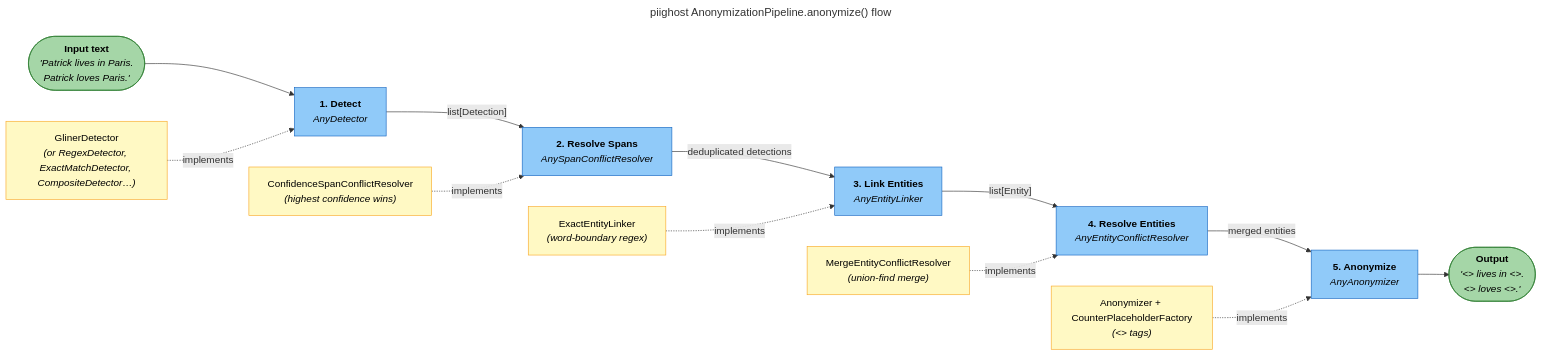
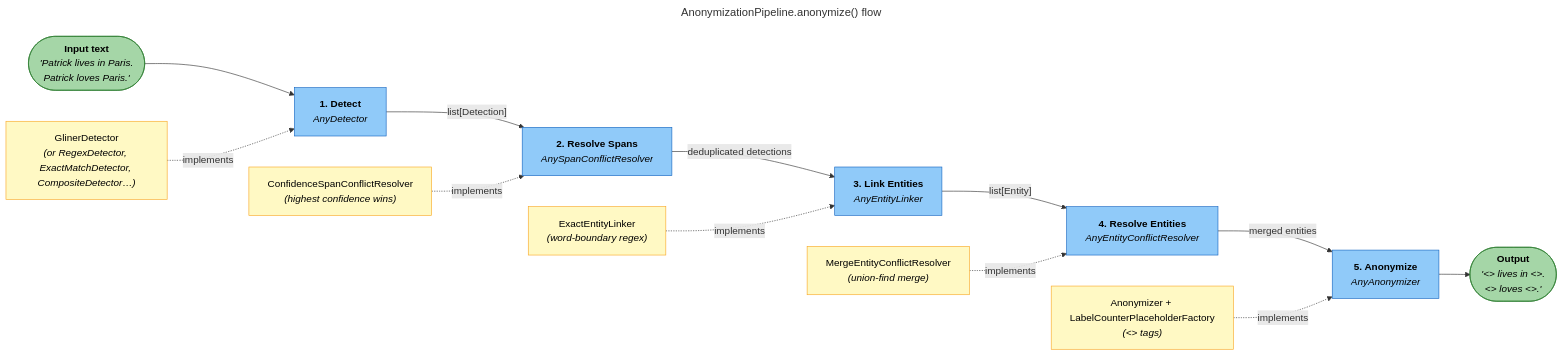
Before and after one commit to Athroniaeth/piighost: the second of 3 diagrams in README.md, drawn with Mermaid. The commit also changed other lines of this file and 2 other files, not shown here.

````diff
--- a/README.md
+++ b/README.md
@@ -224,52 +265,52 @@
 ```mermaid
 ---
-title: "piighost AnonymizationPipeline.anonymize() flow"
+title: "AnonymizationPipeline.anonymize() flow"
 ---
 flowchart LR
     classDef stage fill:#90CAF9,stroke:#1565C0,color:#000
     classDef protocol fill:#FFF9C4,stroke:#F9A825,color:#000
     classDef data fill:#A5D6A7,stroke:#2E7D32,color:#000
 
     INPUT(["`**Input text**
     _'Patrick lives in Paris.
     Patrick loves Paris.'_`"]):::data
 
     DETECT["`**1. Detect**
     _AnyDetector_`"]:::stage
     RESOLVE_SPANS["`**2. Resolve Spans**
     _AnySpanConflictResolver_`"]:::stage
     LINK["`**3. Link Entities**
     _AnyEntityLinker_`"]:::stage
     RESOLVE_ENTITIES["`**4. Resolve Entities**
     _AnyEntityConflictResolver_`"]:::stage
     ANONYMIZE["`**5. Anonymize**
     _AnyAnonymizer_`"]:::stage
 
     OUTPUT(["`**Output**
-    _'<<PERSON_1>> lives in <<LOCATION_1>>.
-    <<PERSON_1>> loves <<LOCATION_1>>.'_`"]):::data
+    _'<<PERSON:1>> lives in <<LOCATION:1>>.
+    <<PERSON:1>> loves <<LOCATION:1>>.'_`"]):::data
 
     INPUT --> DETECT
     DETECT -- "list[Detection]" --> RESOLVE_SPANS
     RESOLVE_SPANS -- "deduplicated detections" --> LINK
     LINK -- "list[Entity]" --> RESOLVE_ENTITIES
     RESOLVE_ENTITIES -- "merged entities" --> ANONYMIZE
     ANONYMIZE --> OUTPUT
 
     P_DETECT["`GlinerDetector
     _(or RegexDetector, ExactMatchDetector, CompositeDetector…)_`"]:::protocol
     P_RESOLVE_SPANS["`ConfidenceSpanConflictResolver
     _(highest confidence wins)_`"]:::protocol
     P_LINK["`ExactEntityLinker
     _(word-boundary regex)_`"]:::protocol
     P_RESOLVE_ENTITIES["`MergeEntityConflictResolver
     _(union-find merge)_`"]:::protocol
-    P_ANONYMIZE["`Anonymizer + CounterPlaceholderFactory
-    _(<<LABEL_N>> tags)_`"]:::protocol
+    P_ANONYMIZE["`Anonymizer + LabelCounterPlaceholderFactory
+    _(<<LABEL:N>> tags)_`"]:::protocol
 
     P_DETECT -. "implements" .-> DETECT
     P_RESOLVE_SPANS -. "implements" .-> RESOLVE_SPANS
     P_LINK -. "implements" .-> LINK
     P_RESOLVE_ENTITIES -. "implements" .-> RESOLVE_ENTITIES
     P_ANONYMIZE -. "implements" .-> ANONYMIZE
 ```
````
